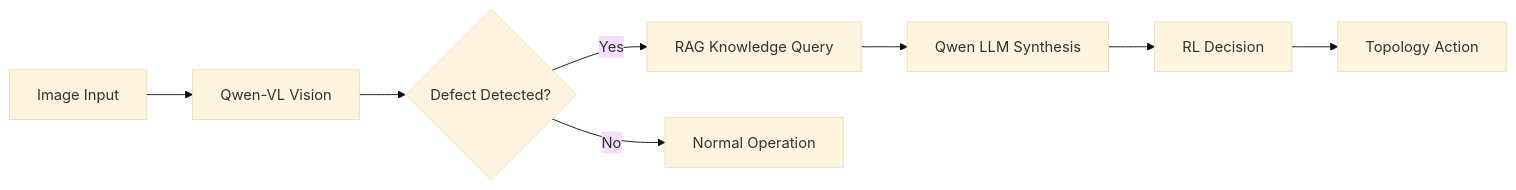
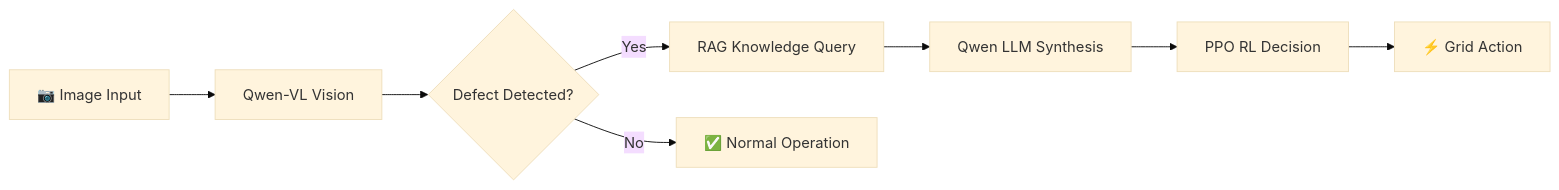
One commit to tanxiaoke6/PowerNexus changed the diagram in README.md. Above: the diagram before and after it, drawn with Mermaid (base theme). The commit also changed other lines of this file and 9 other files, not shown here.

````diff
--- a/README.md
+++ b/README.md
@@ -84,10 +34,10 @@
 ```mermaid
 graph LR
-    A[Image Input] --> B[Qwen-VL Vision]
+    A[📷 Image Input] --> B[Qwen-VL Vision]
     B --> C{Defect Detected?}
     C -->|Yes| D[RAG Knowledge Query]
     D --> E[Qwen LLM Synthesis]
-    E --> F[RL Decision]
-    F --> G[Topology Action]
-    C -->|No| H[Normal Operation]
+    E --> F[PPO RL Decision]
+    F --> G[⚡ Grid Action]
+    C -->|No| H[✅ Normal Operation]
 ```
````
